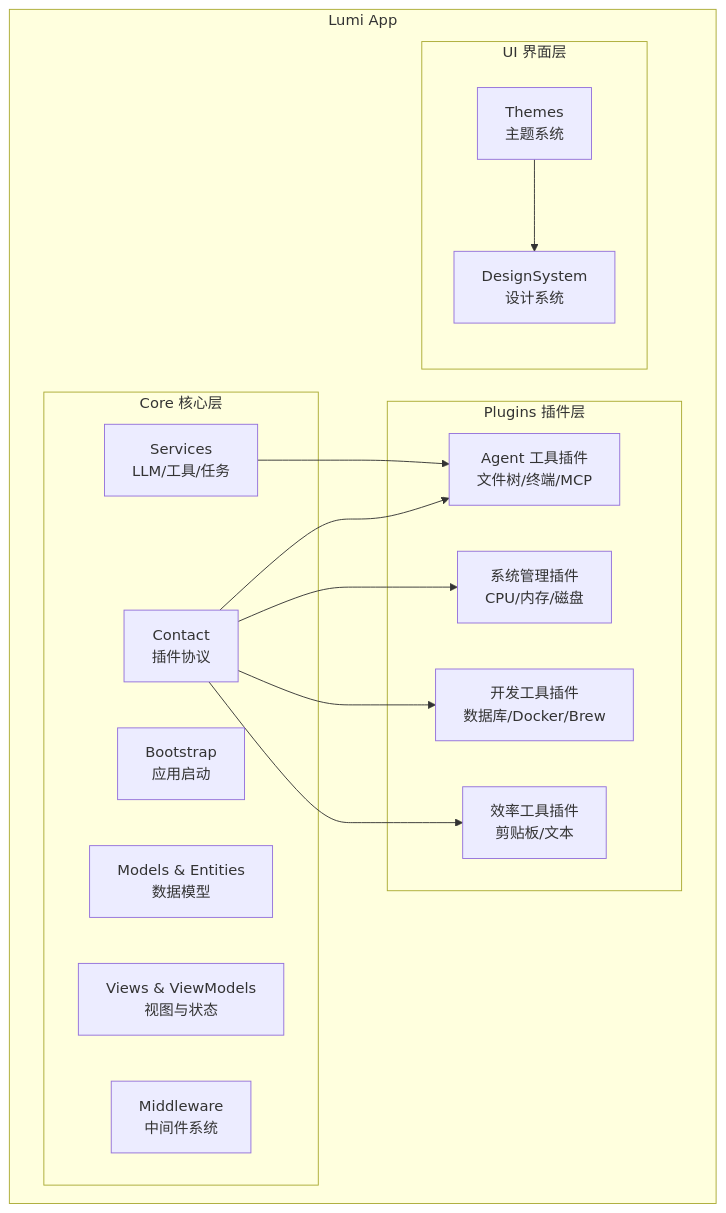
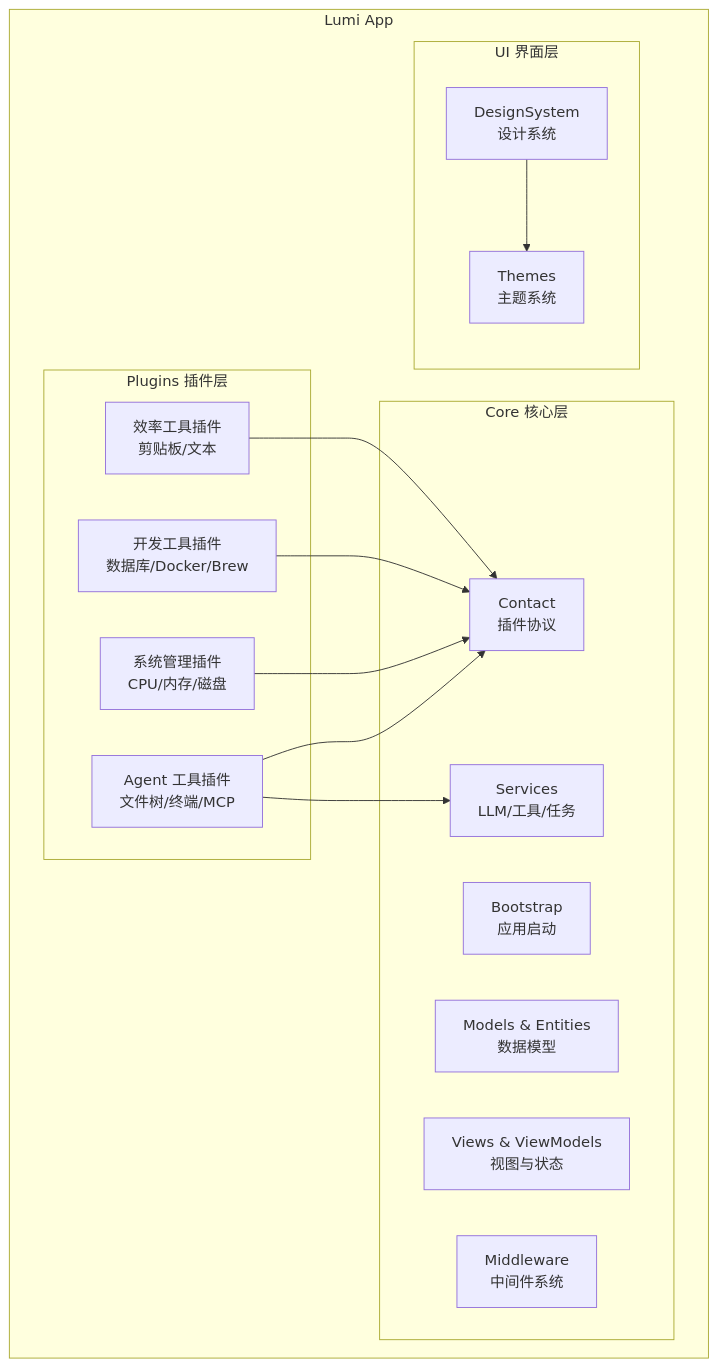
One commit to CofficLab/Lumi changed the first of 2 diagrams in README_zh.md. Above: the diagram before and after it, drawn with Mermaid. The commit also changed 1 other file, not shown here.

Commit message:
chore:  minor adjustments

````diff
--- a/README_zh.md
+++ b/README_zh.md
@@ -17,32 +17,32 @@
 ```mermaid
 graph TB
     subgraph "Lumi App"
+        subgraph "Plugins 插件层"
+            B1[Agent 工具插件<br/>文件树/终端/MCP]
+            B2[系统管理插件<br/>CPU/内存/磁盘]
+            B3[开发工具插件<br/>数据库/Docker/Brew]
+            B4[效率工具插件<br/>剪贴板/文本]
+        end
+        
         subgraph "Core 核心层"
             A1[Bootstrap<br/>应用启动]
             A2[Services<br/>LLM/工具/任务]
             A3[Models & Entities<br/>数据模型]
             A4[Views & ViewModels<br/>视图与状态]
             A5[Middleware<br/>中间件系统]
             A6[Contact<br/>插件协议]
         end
         
-        subgraph "Plugins 插件层"
-            B1[Agent 工具插件<br/>文件树/终端/MCP]
-            B2[系统管理插件<br/>CPU/内存/磁盘]
-            B3[开发工具插件<br/>数据库/Docker/Brew]
-            B4[效率工具插件<br/>剪贴板/文本]
-        end
-        
         subgraph "UI 界面层"
             C1[Themes<br/>主题系统]
             C2[DesignSystem<br/>设计系统]
         end
     end
     
-    A6 --> B1
-    A6 --> B2
-    A6 --> B3
-    A6 --> B4
-    A2 --> B1
-    C1 --> C2
+    B1 --> A6
+    B2 --> A6
+    B3 --> A6
+    B4 --> A6
+    B1 --> A2
+    C2 --> C1
 ```
````
